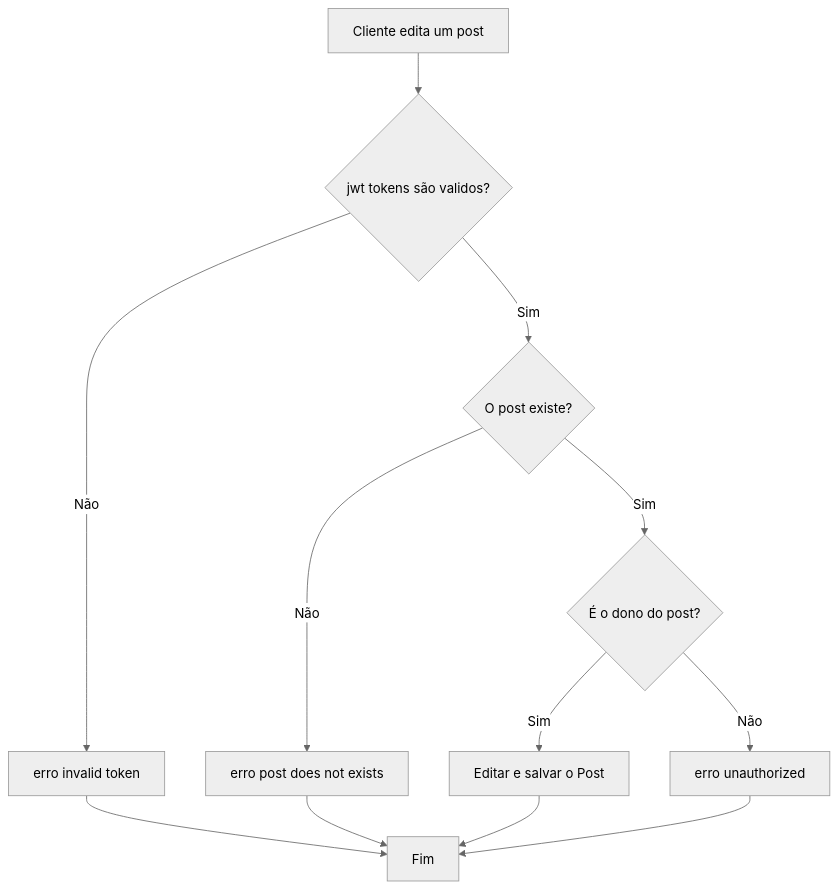
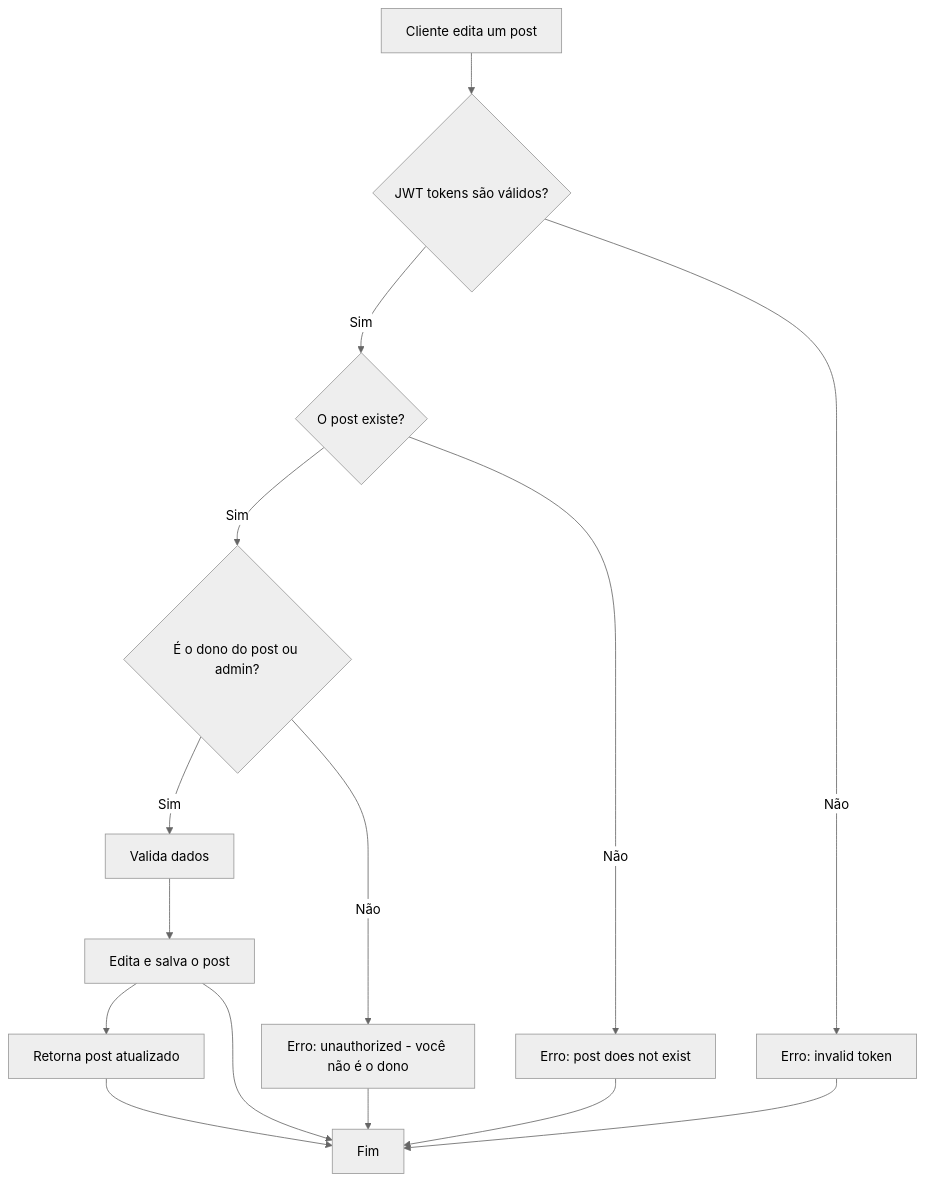
The eighth of 9 diagrams in readme.md (GabrHenr/BackEnd-TechPostSystem), drawn with Mermaid (neutral theme) before and after one commit. The commit also changed other lines of this file and 6 other files, not shown here.

````diff
--- a/readme.md
+++ b/readme.md
@@ -214,14 +333,17 @@
 ```mermaid
 flowchart TD
-    A[Cliente edita um post] --> B{jwt tokens são validos?}
+    A[Cliente edita um post] --> B{JWT tokens são válidos?}
     B -->|Sim| C{O post existe?}
-    B -->|Não| D[erro invalid token]
-    C -->|Sim| E{É o dono do post?}
-    C -->|Não| F[erro post does not exists]
-    E -->|Sim| H[Editar e salvar o Post]
-    E -->|Não| I[erro unauthorized]
+    B -->|Não| D[Erro: invalid token]
+    C -->|Sim| E{É o dono do post ou admin?}
+    C -->|Não| F[Erro: post does not exist]
+    E -->|Sim| H[Valida dados]
+    E -->|Não| I[Erro: unauthorized - você não é o dono]
+    H --> J[Edita e salva o post]
+    J --> K[Retorna post atualizado]
     D --> G[Fim]
     F --> G
-    H --> G
+    J --> G
     I --> G
+    K --> G
 ```
````
